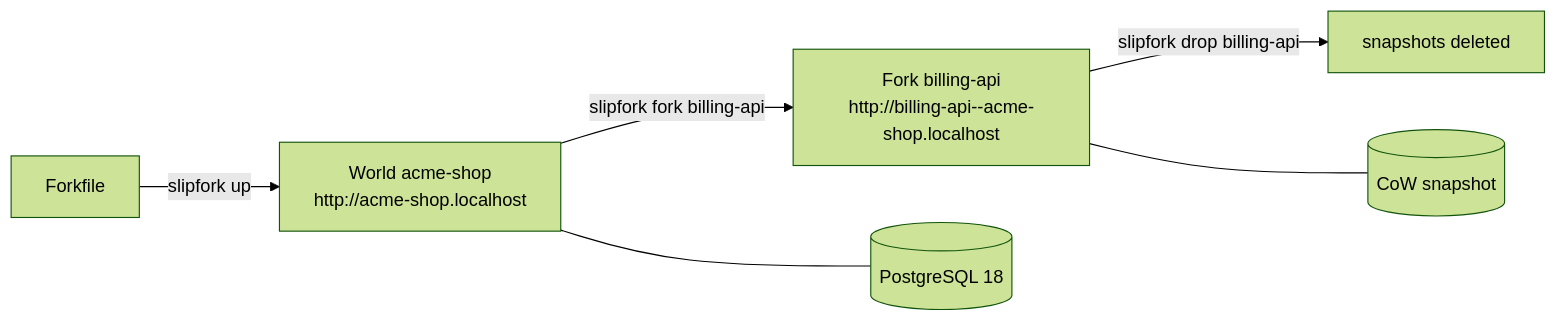
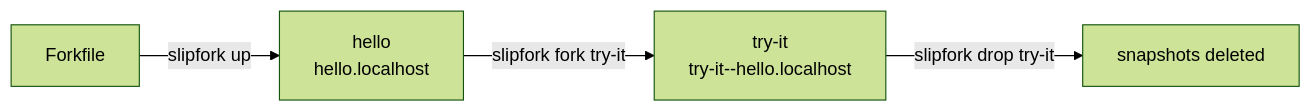
Before and after one commit to OffworldNexus/slipfork: the diagram in docs/index.md, drawn with Mermaid (forest theme). The commit also changed other lines of this file and 10 other files, not shown here.

````diff
--- a/docs/index.md
+++ b/docs/index.md
@@ -40,8 +77,6 @@
 ```mermaid
 flowchart LR
-  F["Forkfile"] -->|"slipfork up"| W["World acme-shop\nhttp://acme-shop.localhost"]
-  W -->|"slipfork fork billing-api"| K["Fork billing-api\nhttp://billing-api--acme-shop.localhost"]
-  K -->|"slipfork drop billing-api"| R["snapshots deleted"]
-  W --- DB[("PostgreSQL 18")]
-  K --- DBF[("CoW snapshot")]
+  F["Forkfile"] -->|"slipfork up"| W["hello<br/>hello.localhost"]
+  W -->|"slipfork fork try-it"| K["try-it<br/>try-it--hello.localhost"]
+  K -->|"slipfork drop try-it"| G["snapshots deleted"]
 ```
````
